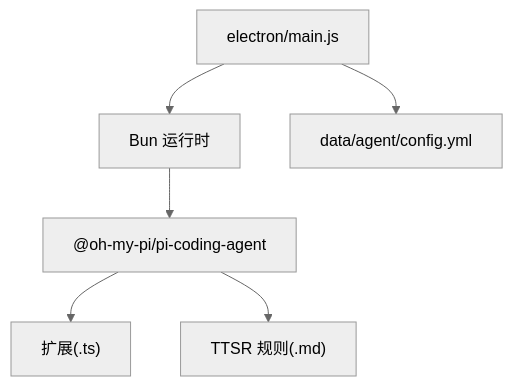
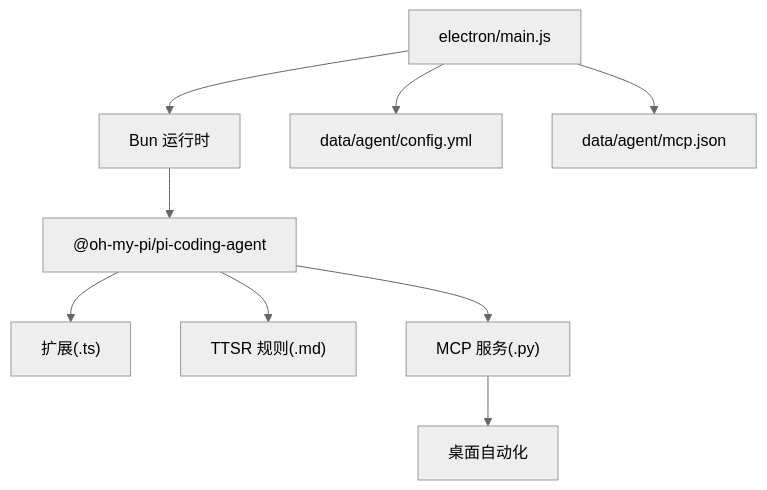
Before and after one commit to swond-Mao/Tiffa: the eighth of 8 diagrams in .qoder/repowiki/zh/content/扩展开发/扩展开发.md, drawn with Mermaid (neutral theme). The commit also changed other lines of this file and 22 other files, not shown here.

````diff
--- a/.qoder/repowiki/zh/content/扩展开发/扩展开发.md
+++ b/.qoder/repowiki/zh/content/扩展开发/扩展开发.md
@@ -282,8 +405,11 @@
 ```mermaid
 graph TB
 Main["electron/main.js"] --> Bun["Bun 运行时"]
 Bun --> CLI["@oh-my-pi/pi-coding-agent"]
 CLI --> Ext["扩展(.ts)"]
 CLI --> Rules["TTSR 规则(.md)"]
+CLI --> MCP["MCP 服务(.py)"]
+MCP --> Desktop["桌面自动化"]
 Main --> Config["data/agent/config.yml"]
+Main --> MCPConfig["data/agent/mcp.json"]
 ```
````
